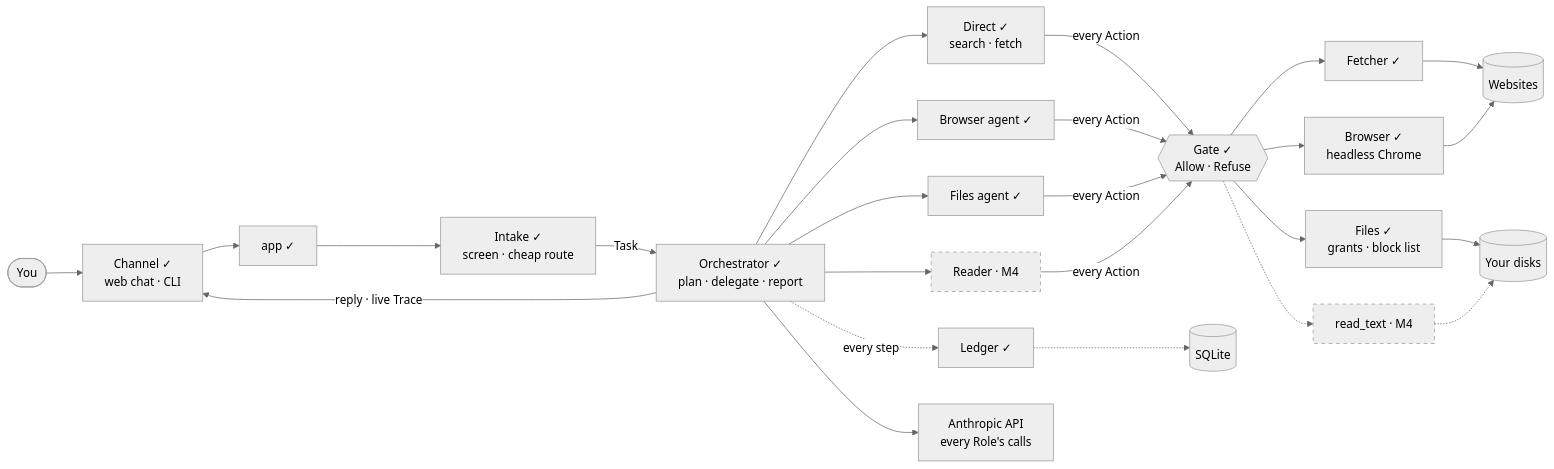
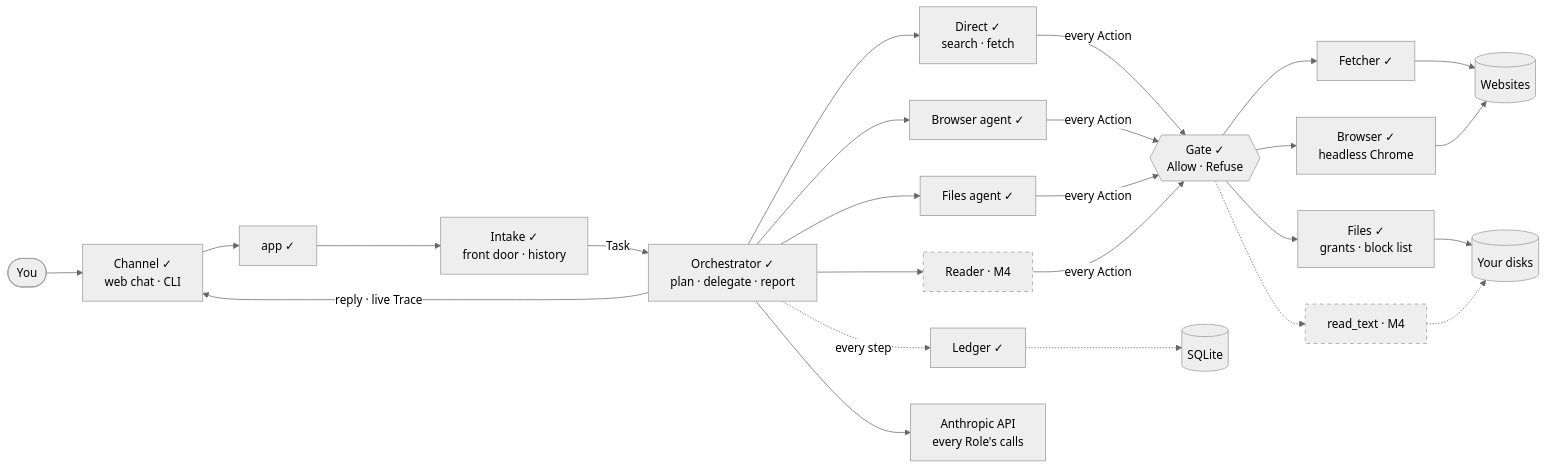
The diagram in docs/STATUS.md (orijeet100/Stepout-AI), drawn with Mermaid (neutral theme) before and after one commit. The commit also changed other lines of this file and 3 other files, not shown here.

First line of the commit message:
docs(b3): front door - log entry final, STATUS Lane: Main and code map, architecture, CLAUDE.md

````diff
--- a/docs/STATUS.md
+++ b/docs/STATUS.md
@@ -29,16 +29,16 @@
 ```mermaid
 flowchart LR
-    You(["You"]) --> Channel["Channel ✓<br/>web chat · CLI"] --> App["app ✓"] --> Intake["Intake ✓<br/>screen · cheap route"]
+    You(["You"]) --> Channel["Channel ✓<br/>web chat · CLI"] --> App["app ✓"] --> Intake["Intake ✓<br/>front door · history"]
     Intake -->|Task| Orch["Orchestrator ✓<br/>plan · delegate · report"]
     Orch -->|reply · live Trace| Channel
     Orch --> Direct["Direct ✓<br/>search · fetch"] & BrowserA["Browser agent ✓"] & FilesA["Files agent ✓"] & ReaderA["Reader · M4"]
     Direct & BrowserA & FilesA & ReaderA -->|every Action| Gate{{"Gate ✓<br/>Allow · Refuse"}}
     Gate --> Fetcher["Fetcher ✓"] --> Web[("Websites")]
     Gate --> Chrome["Browser ✓<br/>headless Chrome"] --> Web
     Gate --> FilesM["Files ✓<br/>grants · block list"] --> Disk[("Your disks")]
     Gate -.-> ReadText["read_text · M4"] -.-> Disk
     Orch -.->|every step| Ledger["Ledger ✓"] -.-> Store[("SQLite")]
     Orch --> API["Anthropic API<br/>every Role's calls"]
     classDef planned stroke-dasharray: 5 5
     class ReaderA,ReadText planned
 ```
````
